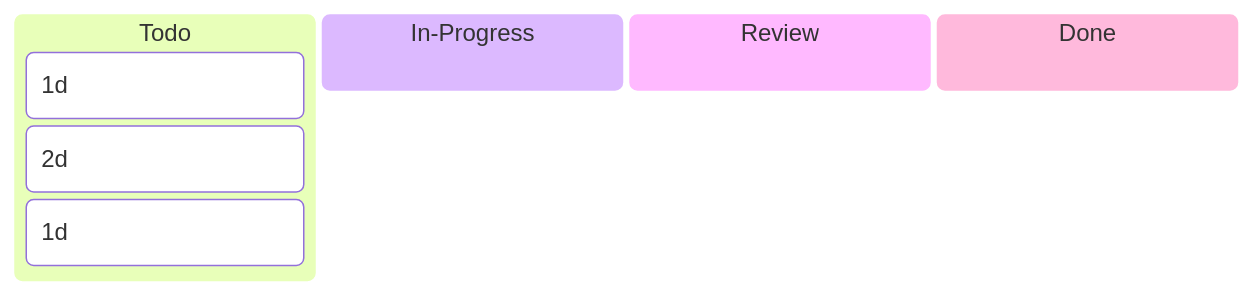
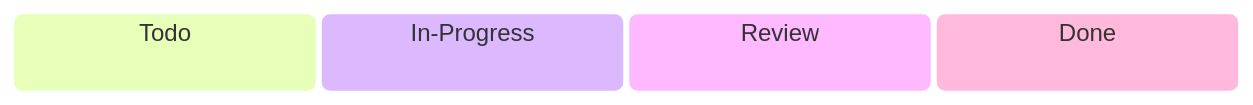
Before and after one commit to Katty-Fashion/kf-cpto: the first of 3 diagrams in docs/_projects/R3GROUP.md, drawn with Mermaid. The commit also changed other lines of this file and 10 other files, not shown here.

````diff
--- a/docs/_projects/R3GROUP.md
+++ b/docs/_projects/R3GROUP.md
@@ -34,10 +34,7 @@
 ```mermaid
 kanban
   Todo
-    t1["1d"]
-    t2["2d"]
-    t3["1d"]
   In-Progress
   Review
   Done
 ```
````
